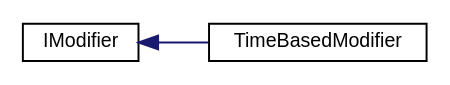
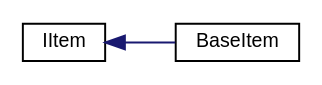
Before and after one commit to PaulSchweizer/ActionRpgKit: the diagram in inherit_graph_6.dot, drawn with Graphviz. The commit also changed 572 other files, not shown here.

```diff
--- a/inherit_graph_6.dot
+++ b/inherit_graph_6.dot
@@ -1,10 +1,10 @@
 digraph "Graphical Class Hierarchy"
 {
  // INTERACTIVE_SVG=YES
   edge [fontname="Helvetica",fontsize="10",labelfontname="Helvetica",labelfontsize="10"];
   node [fontname="Helvetica",fontsize="10",shape=record];
   rankdir="LR";
-  Node1 [label="IModifier",height=0.2,width=0.4,color="black", fillcolor="white", style="filled",URL="$d5/dc3/interface_action_rpg_kit_1_1_character_1_1_attribute_1_1_i_modifier.xhtml",tooltip="Interface for modifiers that alter an attribute. "];
+  Node1 [label="IItem",height=0.2,width=0.4,color="black", fillcolor="white", style="filled",URL="$d3/d77/interface_action_rpg_kit_1_1_item_1_1_i_item.xhtml"];
   Node1 -> Node2 [dir="back",color="midnightblue",fontsize="10",style="solid",fontname="Helvetica"];
-  Node2 [label="TimeBasedModifier",height=0.2,width=0.4,color="black", fillcolor="white", style="filled",URL="$d5/d34/class_action_rpg_kit_1_1_character_1_1_attribute_1_1_time_based_modifier.xhtml",tooltip="Modifier that affects an attribute over a certain period of time. "];
+  Node2 [label="BaseItem",height=0.2,width=0.4,color="black", fillcolor="white", style="filled",URL="$d3/dfb/class_action_rpg_kit_1_1_item_1_1_base_item.xhtml"];
 }
```
